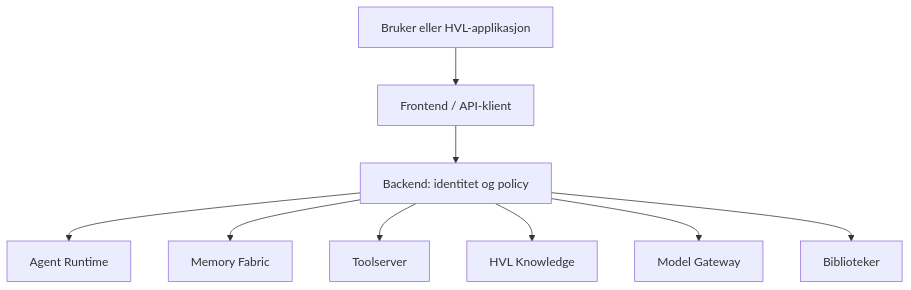
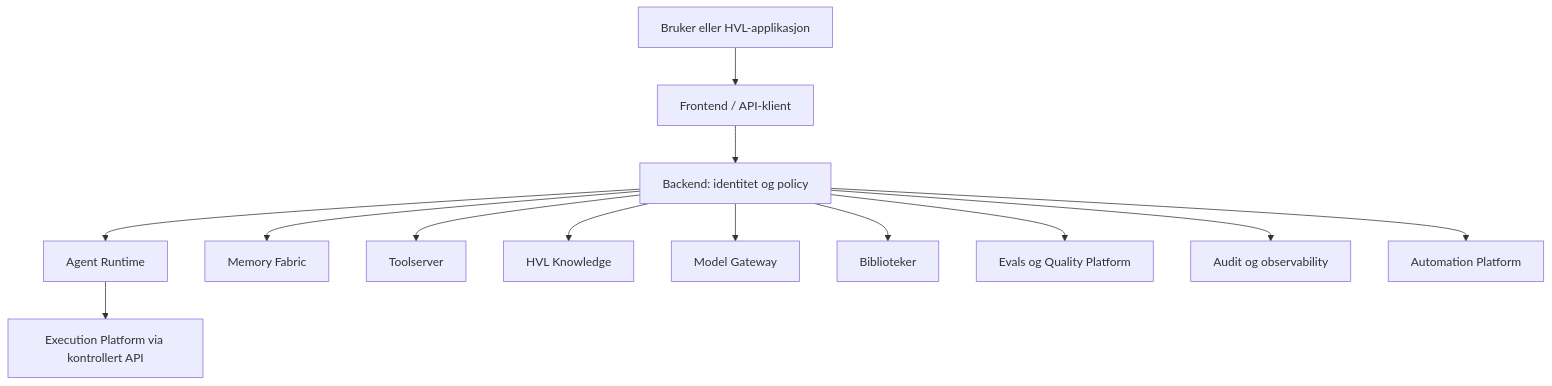
One commit to IvarRosenbergHVL/hvl-ki-documentation changed the diagram in docs/utviklere/intro.mdx. Above: the diagram before and after it, drawn with Mermaid. The commit also changed other lines of this file and 13 other files, not shown here.

Commit message:
Document agent evaluation, continuous improvement, execution environments and audit governance

````diff
--- a/docs/utviklere/intro.mdx
+++ b/docs/utviklere/intro.mdx
@@ -18,11 +18,15 @@
 ```mermaid
 flowchart TD
  U[Bruker eller HVL-applikasjon] --> F[Frontend / API-klient]
  F --> B[Backend: identitet og policy]
  B --> R[Agent Runtime]
  B --> M[Memory Fabric]
  B --> T[Toolserver]
  B --> K[HVL Knowledge]
  B --> G[Model Gateway]
  B --> L[Biblioteker]
+ R --> X[Execution Platform via kontrollert API]
+ B --> E[Evals og Quality Platform]
+ B --> A[Audit og observability]
+ B --> W[Automation Platform]
 ```
````
